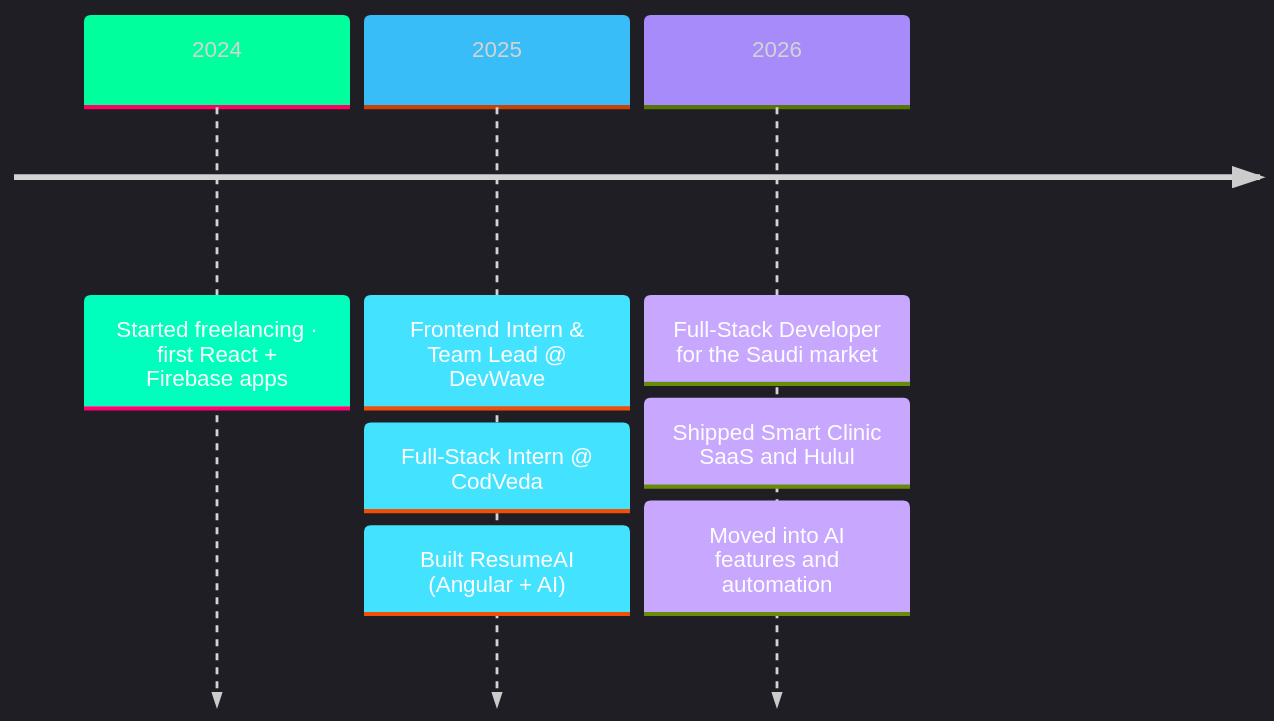
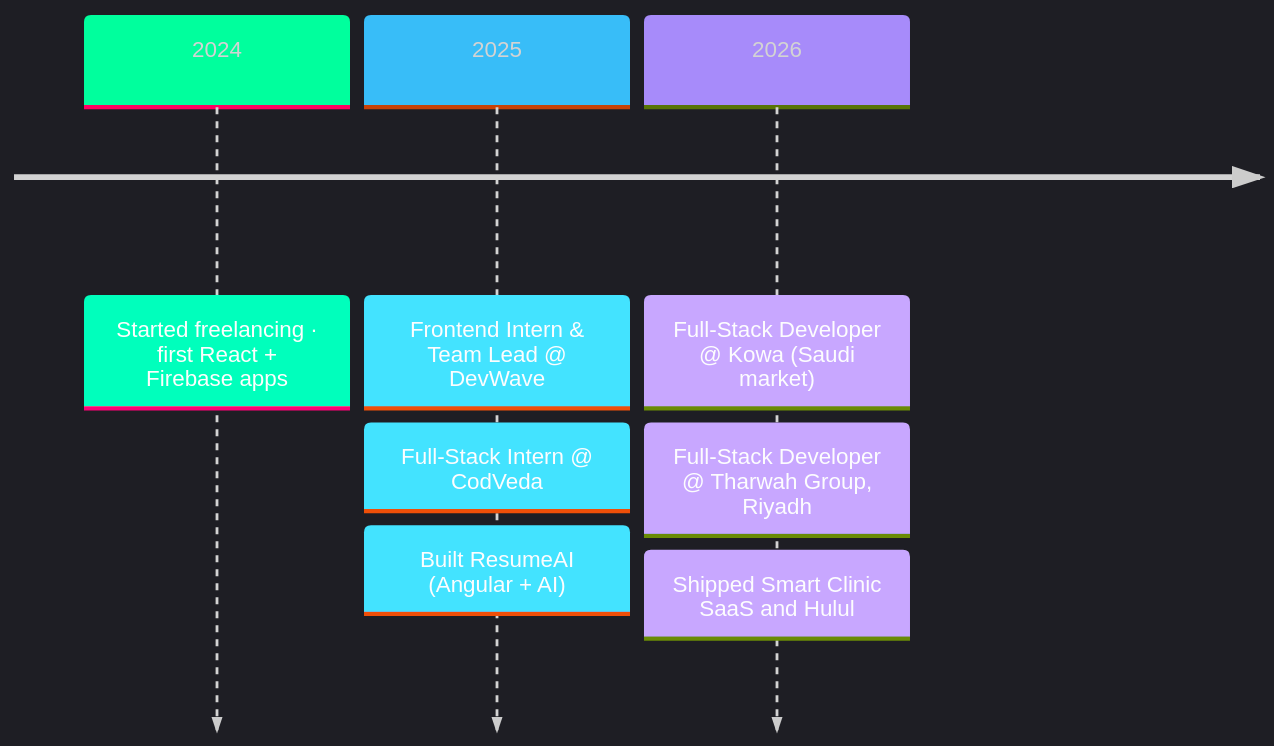
One commit to Medo6143/Medo6143 changed the diagram in README.md. Above: the diagram before and after it, drawn with Mermaid.

Commit message:
Journey: add Kowa and Tharwah Group

````diff
--- a/README.md
+++ b/README.md
@@ -126,11 +126,11 @@
 ```mermaid
 %%{init: {'theme':'dark','themeVariables':{'primaryColor':'#0b1020','primaryTextColor':'#e2e8f0','lineColor':'#38bdf8','cScale0':'#00ff9d','cScale1':'#38bdf8','cScale2':'#a78bfa'}}}%%
 timeline
     2024 : Started freelancing · first React + Firebase apps
     2025 : Frontend Intern & Team Lead @ DevWave
          : Full-Stack Intern @ CodVeda
          : Built ResumeAI (Angular + AI)
-    2026 : Full-Stack Developer for the Saudi market
+    2026 : Full-Stack Developer @ Kowa (Saudi market)
+         : Full-Stack Developer @ Tharwah Group, Riyadh
          : Shipped Smart Clinic SaaS and Hulul
-         : Moved into AI features and automation
 ```
````
